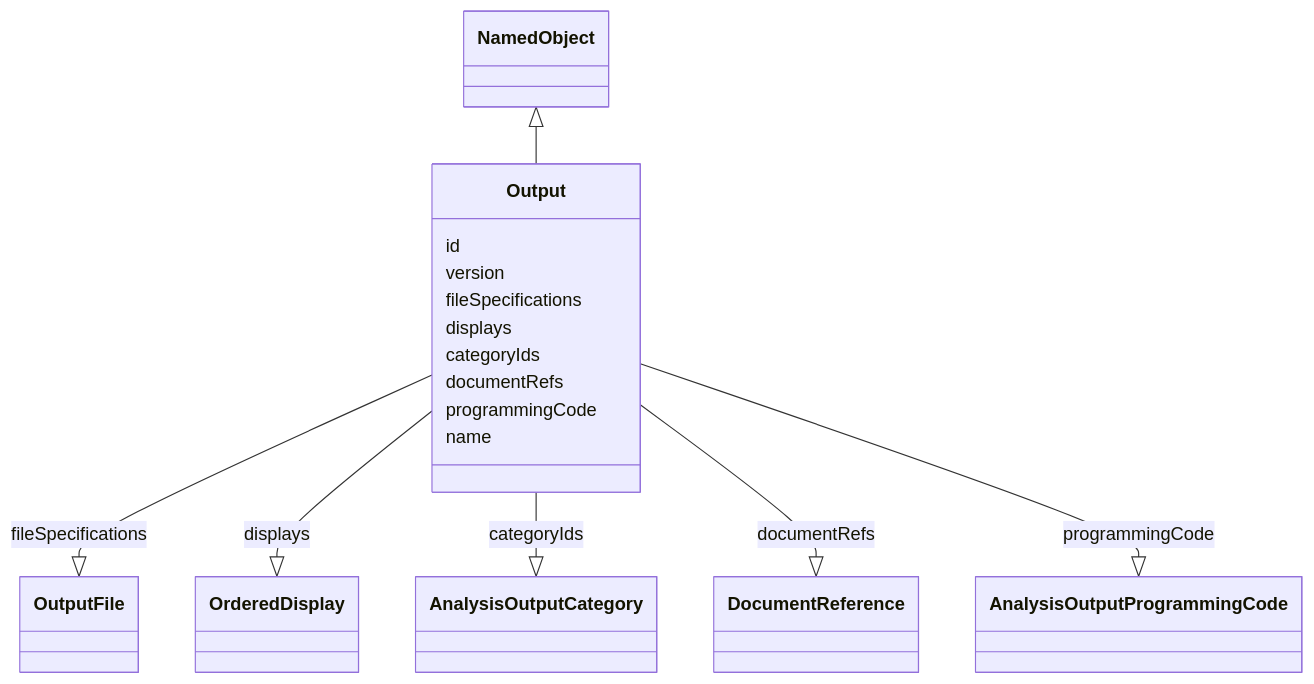
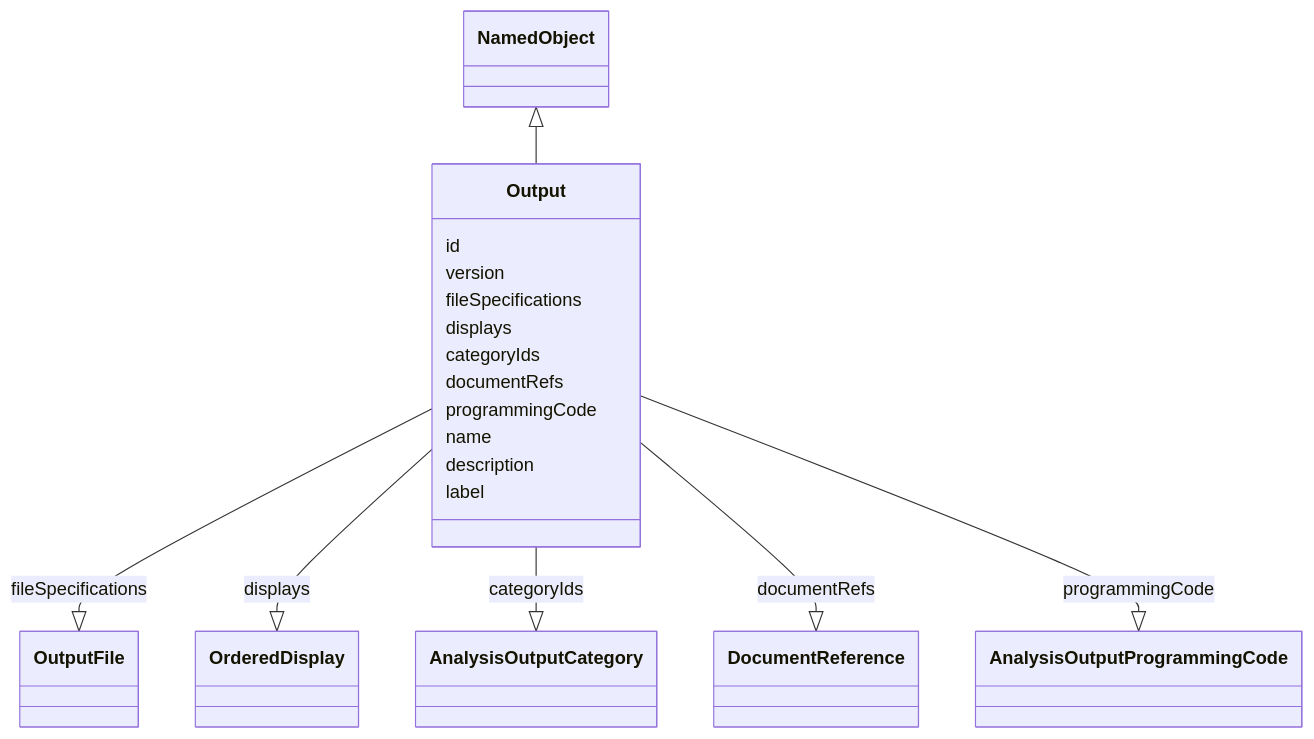
The diagram in project/docs/Output.md (cdisc-org/analysis-results-standard), drawn with Mermaid before and after one commit. The commit also changed other lines of this file and 132 other files, not shown here.

````diff
--- a/project/docs/Output.md
+++ b/project/docs/Output.md
@@ -13,20 +13,22 @@
 ```mermaid
  classDiagram
     class Output
       NamedObject <|-- Output
 
       Output : id
         Output : version
         Output : fileSpecifications
         Output --|> OutputFile : fileSpecifications
         Output : displays
         Output --|> OrderedDisplay : displays
         Output : categoryIds
         Output --|> AnalysisOutputCategory : categoryIds
         Output : documentRefs
         Output --|> DocumentReference : documentRefs
         Output : programmingCode
         Output --|> AnalysisOutputProgrammingCode : programmingCode
         Output : name
+        Output : description
+        Output : label
         
 ```
````
